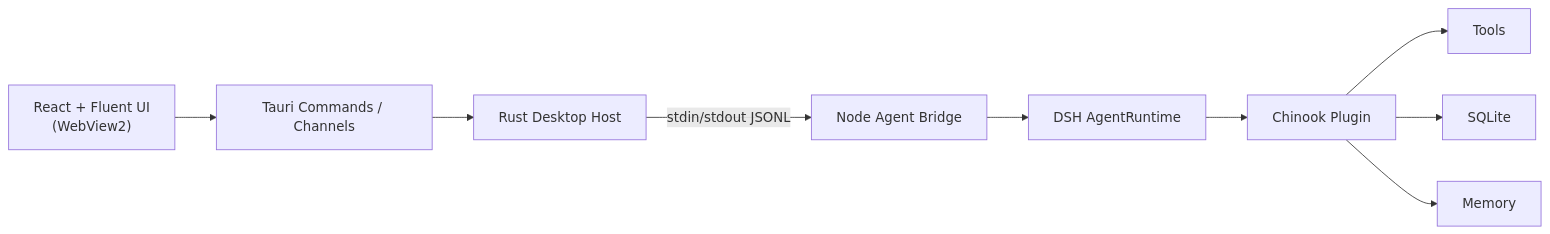
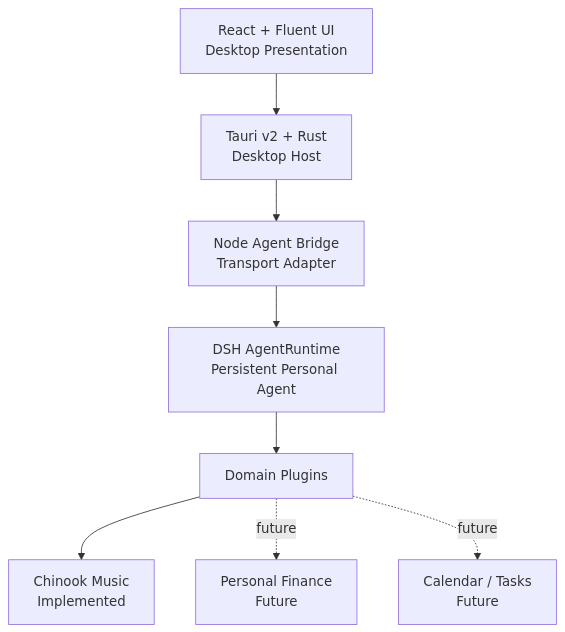
The diagram in README.md (cang6ng/dsh-life-assistant), drawn with Mermaid before and after one commit. The commit also changed other lines of this file and 14 other files, not shown here.

````diff
--- a/README.md
+++ b/README.md
@@ -26,11 +53,22 @@
 ```mermaid
-flowchart LR
-    UI["React + Fluent UI<br/>(WebView2)"] --> CMDS["Tauri Commands / Channels"]
-    CMDS --> RUST["Rust Desktop Host"]
-    RUST -->|stdin/stdout JSONL| BRIDGE["Node Agent Bridge"]
-    BRIDGE --> DSH["DSH AgentRuntime"]
-    DSH --> PLUGIN["Chinook Plugin"]
-    PLUGIN --> TOOLS["Tools"]
-    PLUGIN --> DB["SQLite"]
-    PLUGIN --> MEM["Memory"]
+flowchart TD
+    UI["React + Fluent UI<br/>Desktop Presentation"]
+    HOST["Tauri v2 + Rust<br/>Desktop Host"]
+    BRIDGE["Node Agent Bridge<br/>Transport Adapter"]
+    AGENT["DSH AgentRuntime<br/>Persistent Personal Agent"]
+
+    DOMAIN["Domain Plugins"]
+
+    MUSIC["Chinook Music<br/>Implemented"]
+    FINANCE["Personal Finance<br/>Future"]
+    CALENDAR["Calendar / Tasks<br/>Future"]
+
+    UI --> HOST
+    HOST --> BRIDGE
+    BRIDGE --> AGENT
+    AGENT --> DOMAIN
+
+    DOMAIN --> MUSIC
+    DOMAIN -. future .-> FINANCE
+    DOMAIN -. future .-> CALENDAR
 ```
````
